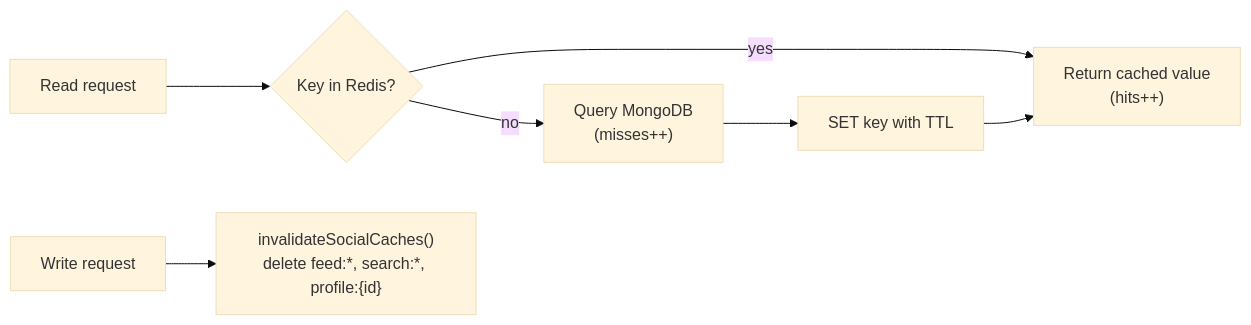
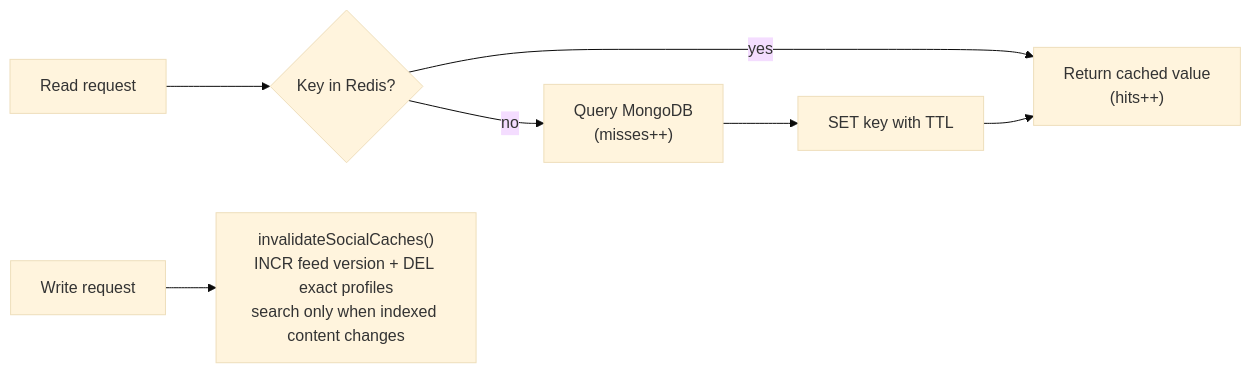
The fifth of 5 diagrams in docs/ARCHITECTURE.md (AkioCkist/Oremus), drawn with Mermaid (base theme) before and after one commit. The commit also changed other lines of this file and 24 other files, not shown here.

````diff
--- a/docs/ARCHITECTURE.md
+++ b/docs/ARCHITECTURE.md
@@ -154,7 +156,7 @@
 ```mermaid
 flowchart LR
   Read["Read request"] --> Hit{"Key in Redis?"}
   Hit -- yes --> Return["Return cached value<br/>(hits++)"]
   Hit -- no --> Query["Query MongoDB<br/>(misses++)"] --> Save["SET key with TTL"] --> Return
-  Write["Write request"] --> Invalidate["invalidateSocialCaches()<br/>delete feed:*, search:*, profile:{id}"]
+  Write["Write request"] --> Invalidate["invalidateSocialCaches()<br/>INCR feed version + DEL exact profiles<br/>search only when indexed content changes"]
 ```
````
